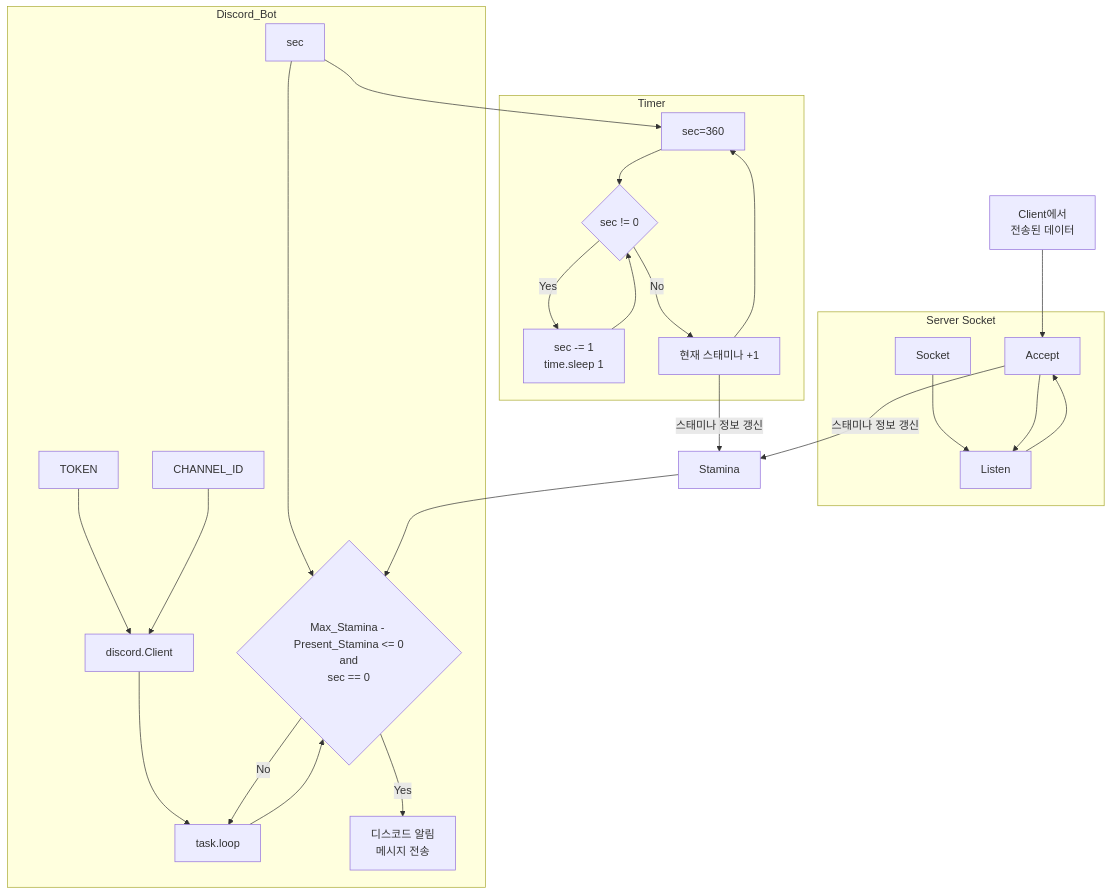
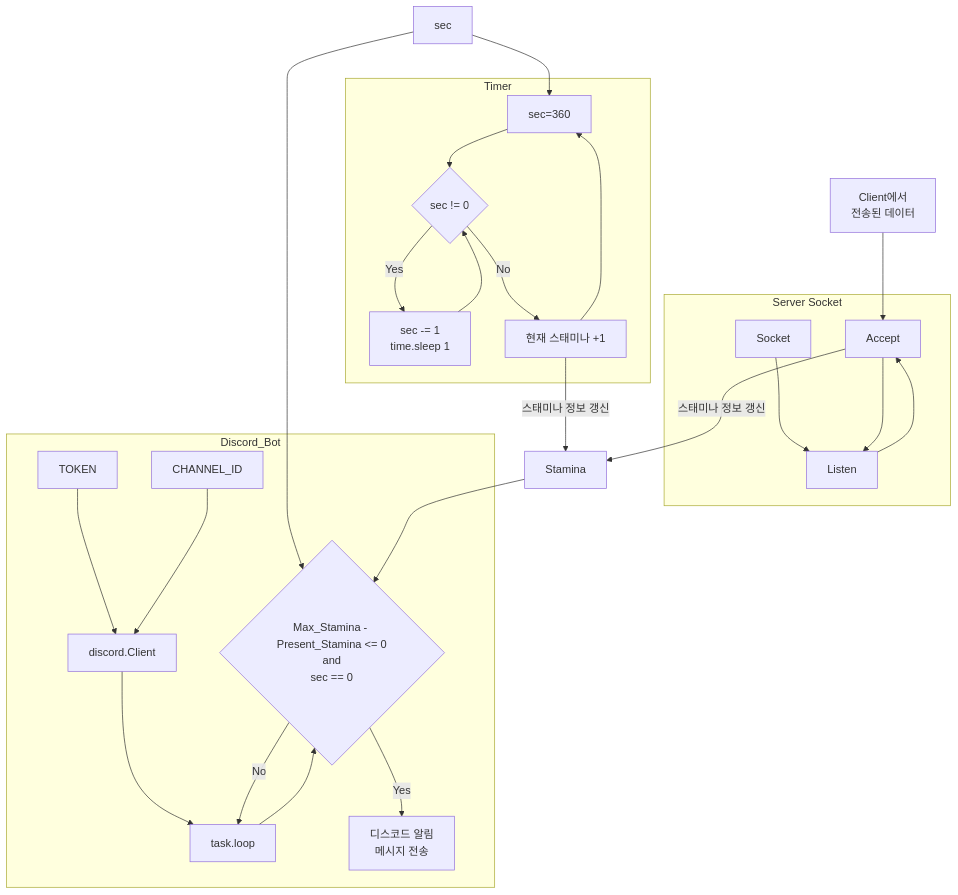
Before and after one commit to 201710808/Game-Stamina-Alarm: the third of 3 diagrams in README.md, drawn with Mermaid.

````diff
--- a/README.md
+++ b/README.md
@@ -55,32 +55,33 @@
 ```mermaid
 graph TB;
     data[Client에서\n전송된 데이터]-->Accept;
 
     subgraph Server Socket;
     Socket-->Listen;
     Listen-->Accept;
     end;
     Accept-->|스태미나 정보 갱신|Stamina;
     Accept-->Listen;
 
     sec-->sec360;
     subgraph Timer;
     sec360[sec=360]-->condition{sec != 0};
     condition-->|"Yes"|process_time[sec -= 1\ntime.sleep 1];
     process_time-->condition;
     condition-->|"No"|sync_stamina[현재 스태미나 +1];
     sync_stamina-->sec360;
     end;
+
     sync_stamina-->|스태미나 정보 갱신|Stamina;
+    sec-->discord_condition;
 
     subgraph Discord_Bot;
     TOKEN-->Client[discord.Client];
     CHANNEL_ID-->Client;
     Client-->task.loop;
     task.loop-->discord_condition{Max_Stamina - Present_Stamina <= 0\nand\nsec == 0};
-    sec-->discord_condition;
     discord_condition-->|"Yes"|discord_message[디스코드 알림\n메시지 전송]
     discord_condition-->|"No"|task.loop;
     end;
     Stamina-->discord_condition;
 ```
````
